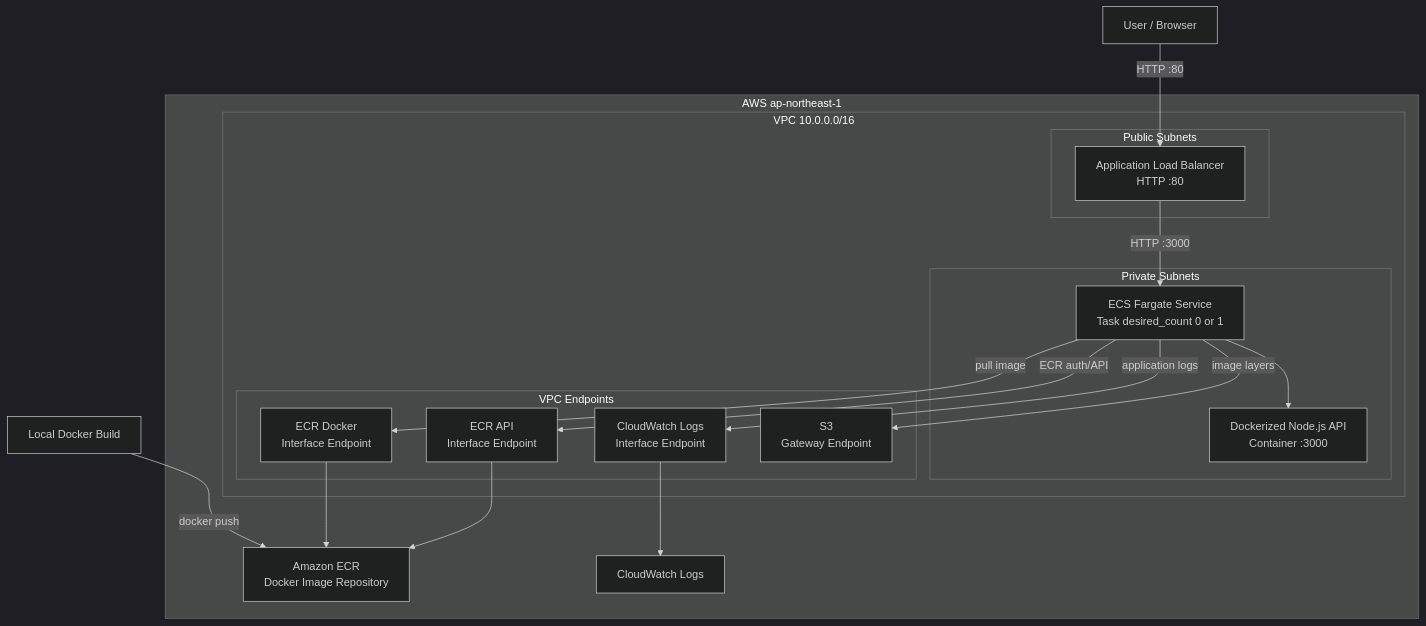
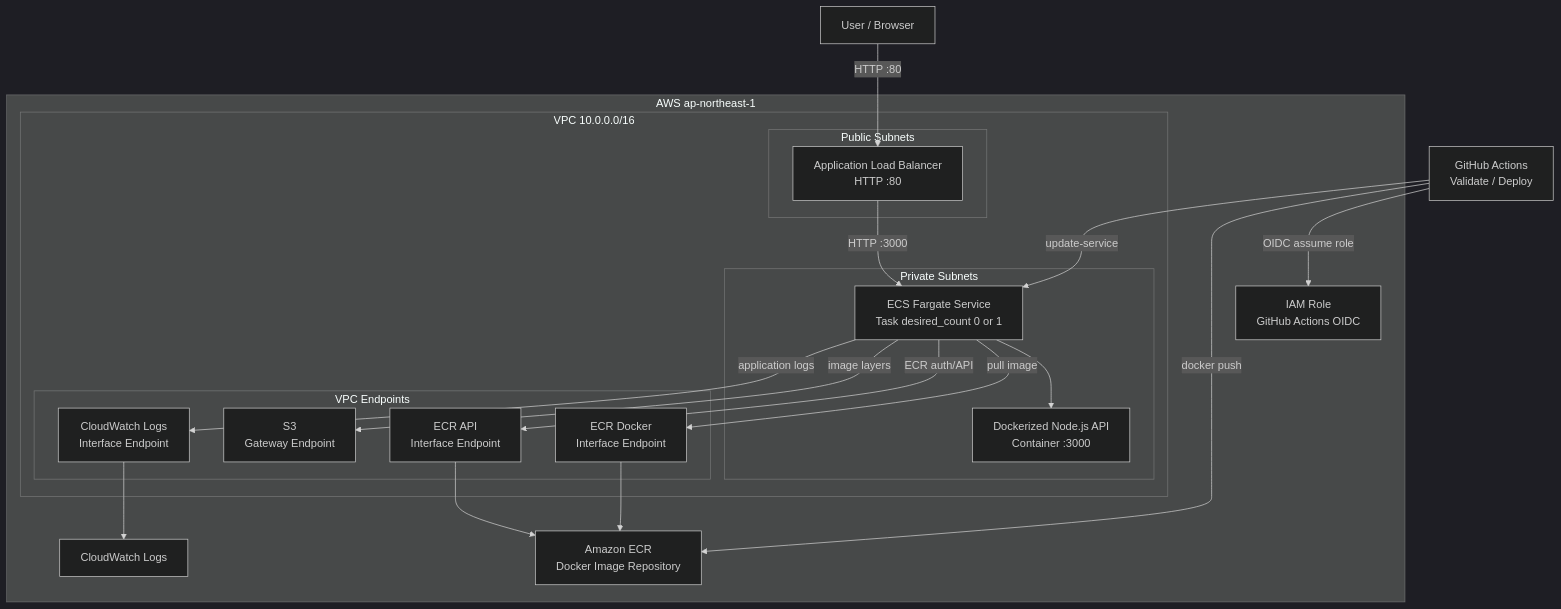
Before and after one commit to Toridesu/aws-platform-portfolio: the diagram in README.md, drawn with Mermaid (dark theme). The commit also changed other lines of this file, not shown here.

Commit message:
Clarify CI/CD deployment flow in README

````diff
--- a/README.md
+++ b/README.md
@@ -20,43 +21,46 @@
 ```mermaid
 flowchart TB
   user["User / Browser"]
 
   subgraph aws["AWS ap-northeast-1"]
     subgraph vpc["VPC 10.0.0.0/16"]
       subgraph public["Public Subnets"]
         alb["Application Load Balancer\nHTTP :80"]
       end
 
       subgraph private["Private Subnets"]
         ecs["ECS Fargate Service\nTask desired_count 0 or 1"]
         app["Dockerized Node.js API\nContainer :3000"]
       end
 
       subgraph endpoints["VPC Endpoints"]
         ecr_api["ECR API\nInterface Endpoint"]
         ecr_dkr["ECR Docker\nInterface Endpoint"]
         logs_ep["CloudWatch Logs\nInterface Endpoint"]
         s3_ep["S3\nGateway Endpoint"]
       end
     end
 
     ecr["Amazon ECR\nDocker Image Repository"]
     logs["CloudWatch Logs"]
+    iam["IAM Role\nGitHub Actions OIDC"]
   end
 
-  local["Local Docker Build"]
+  github["GitHub Actions\nValidate / Deploy"]
 
   user -->|"HTTP :80"| alb
   alb -->|"HTTP :3000"| ecs
   ecs --> app
 
-  local -->|"docker push"| ecr
+  github -->|"OIDC assume role"| iam
+  github -->|"docker push"| ecr
+  github -->|"update-service"| ecs
   ecs -->|"pull image"| ecr_dkr
   ecs -->|"ECR auth/API"| ecr_api
   ecs -->|"image layers"| s3_ep
   ecs -->|"application logs"| logs_ep
 
   ecr_dkr --> ecr
   ecr_api --> ecr
   logs_ep --> logs
 ```
````
